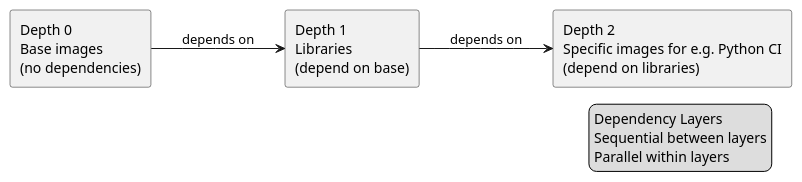
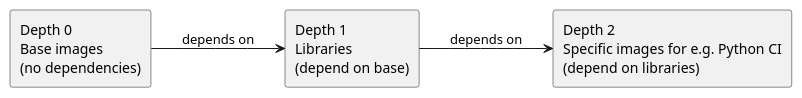
Before and after one commit to ContainerHive/ContainerHive: the diagram in docs/how-it-works/dependency-resolution.md, drawn with PlantUML. The commit also changed 3 other files, not shown here.

Commit message:
docs: Fine tune diagrams and add dark / light based styling

````diff
--- a/docs/how-it-works/dependency-resolution.md
+++ b/docs/how-it-works/dependency-resolution.md
@@ -19,18 +19,12 @@
-```plantuml {display-align=center}
+```plantuml
 @startuml build-layers
 left to right direction
 
 rectangle "Depth 0\nBase images\n(no dependencies)" as depth0
 rectangle "Depth 1\nLibraries\n(depend on base)" as depth1
 rectangle "Depth 2\nSpecific images for e.g. Python CI\n(depend on libraries)" as depth2
 
 depth0 --> depth1 : depends on
 depth1 --> depth2 : depends on
-
-legend right
-  Dependency Layers
-  Sequential between layers
-  Parallel within layers
-endlegend
 @enduml
 ```
````
